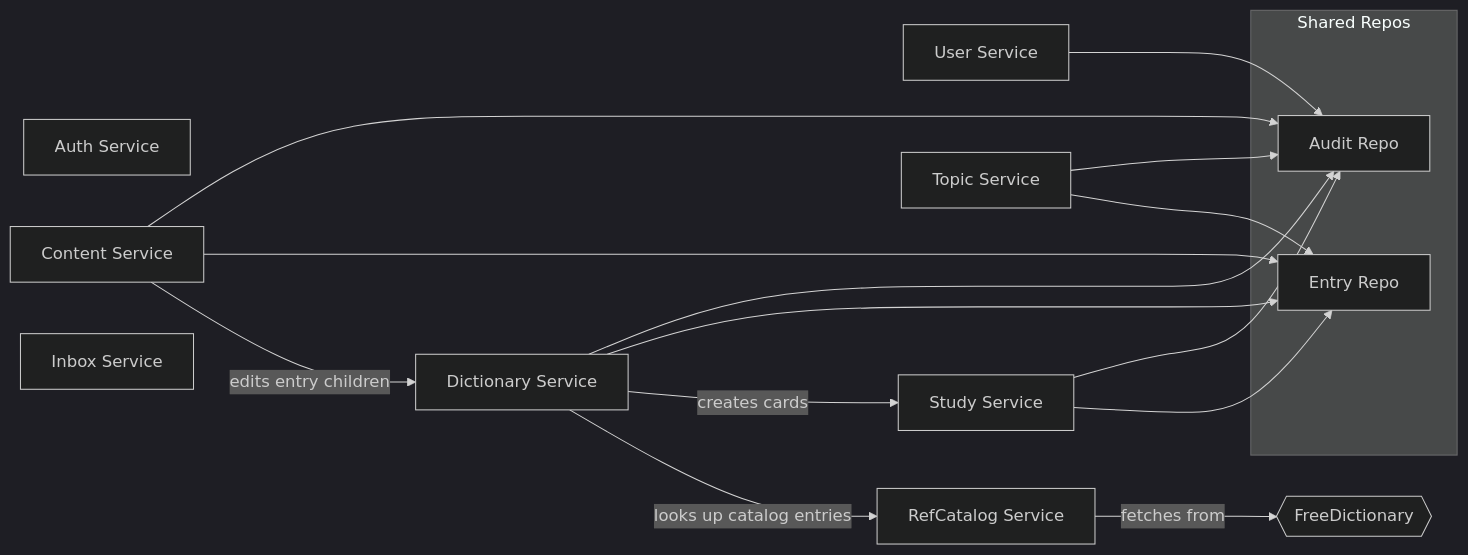
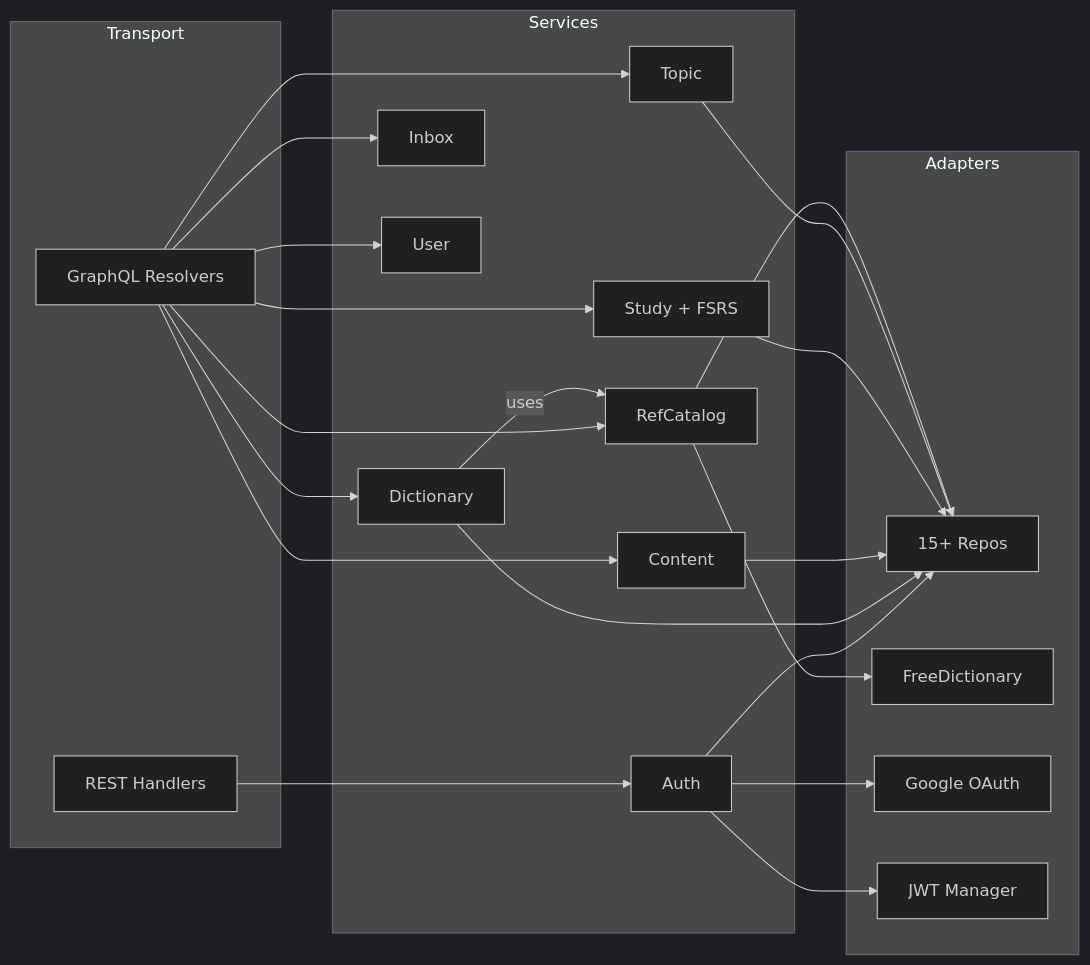
One commit to heartmarshall/genius-disctionary-backend changed the diagram in backend_v4/docs/COMPONENTS.md. Above: the diagram before and after it, drawn with Mermaid (dark theme). The commit also changed other lines of this file and 26 other files, not shown here.

````diff
--- a/backend_v4/docs/COMPONENTS.md
+++ b/backend_v4/docs/COMPONENTS.md
@@ -5,32 +5,33 @@
 ```mermaid
 graph LR
-    Auth[Auth Service]
-    User[User Service]
-    Dict[Dictionary Service]
-    Content[Content Service]
-    Study[Study Service]
-    Topic[Topic Service]
-    Inbox[Inbox Service]
-    RefCat[RefCatalog Service]
-
-    Dict -->|looks up catalog entries| RefCat
-    RefCat -->|fetches from| FreeDictAPI{{FreeDictionary}}
-    Dict -->|creates cards| Study
-    Content -->|edits entry children| Dict
-
-    subgraph Shared Repos
-        EntryRepo[Entry Repo]
-        AuditRepo[Audit Repo]
+    subgraph Transport
+        GQL[GraphQL Resolvers]
+        REST[REST Handlers]
     end
 
-    Dict --> EntryRepo
-    Content --> EntryRepo
-    Study --> EntryRepo
-    Topic --> EntryRepo
+    subgraph Services
+        AuthS[Auth]
+        DictS[Dictionary]
+        ContentS[Content]
+        StudyS[Study + FSRS]
+        TopicS[Topic]
+        InboxS[Inbox]
+        UserS[User]
+        RefCatS[RefCatalog]
+    end
 
-    Dict --> AuditRepo
-    Content --> AuditRepo
-    Study --> AuditRepo
-    Topic --> AuditRepo
-    User --> AuditRepo
+    subgraph Adapters
+        Repos[15+ Repos]
+        FD[FreeDictionary]
+        GOAuth[Google OAuth]
+        JWT[JWT Manager]
+    end
+
+    GQL --> DictS & ContentS & StudyS & TopicS & InboxS & UserS & RefCatS
+    REST --> AuthS
+
+    DictS -->|uses| RefCatS
+    AuthS --> JWT & GOAuth
+    AuthS & DictS & ContentS & StudyS & TopicS --> Repos
+    RefCatS --> FD & Repos
 ```
````
